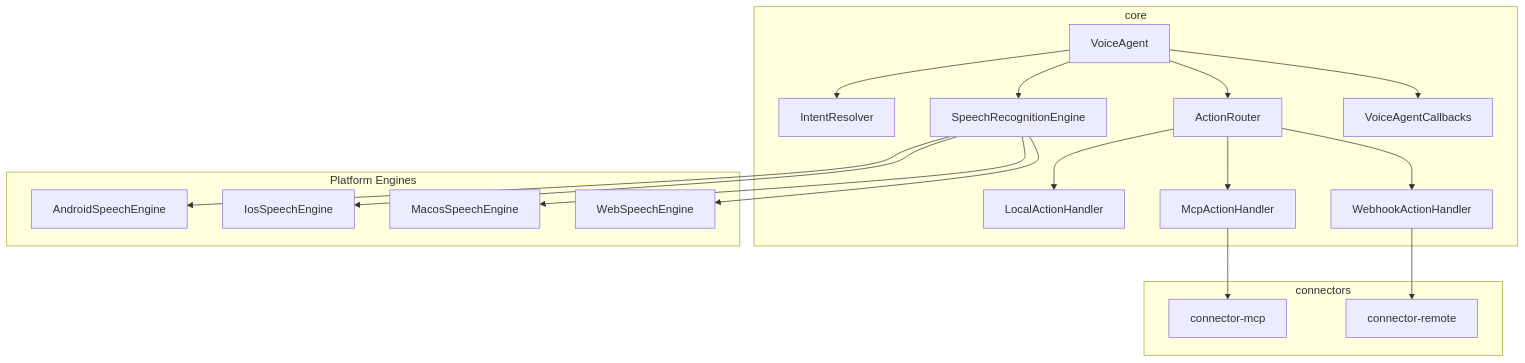
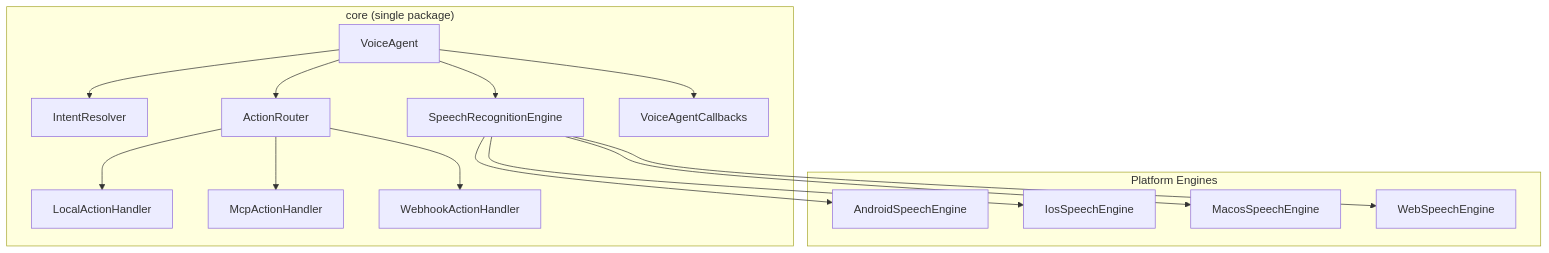
Before and after one commit to alimomin1998/v8v: the diagram in README.md, drawn with Mermaid. The commit also changed other lines of this file and 51 other files, not shown here.

````diff
--- a/README.md
+++ b/README.md
@@ -47,24 +60,19 @@
 ```mermaid
 graph TD
-    subgraph core
+    subgraph core ["core (single package)"]
         VA[VoiceAgent] --> IR[IntentResolver]
         VA --> AR[ActionRouter]
         VA --> SE[SpeechRecognitionEngine]
         VA --> CB[VoiceAgentCallbacks]
         AR --> LH[LocalActionHandler]
         AR --> MH[McpActionHandler]
         AR --> WH[WebhookActionHandler]
     end
 
     subgraph engines ["Platform Engines"]
         SE --> AndroidEng[AndroidSpeechEngine]
         SE --> IosEng[IosSpeechEngine]
         SE --> MacosEng[MacosSpeechEngine]
         SE --> WebEng[WebSpeechEngine]
     end
-
-    subgraph connectors
-        MH --> MCP[connector-mcp]
-        WH --> Remote[connector-remote]
-    end
 ```
````
